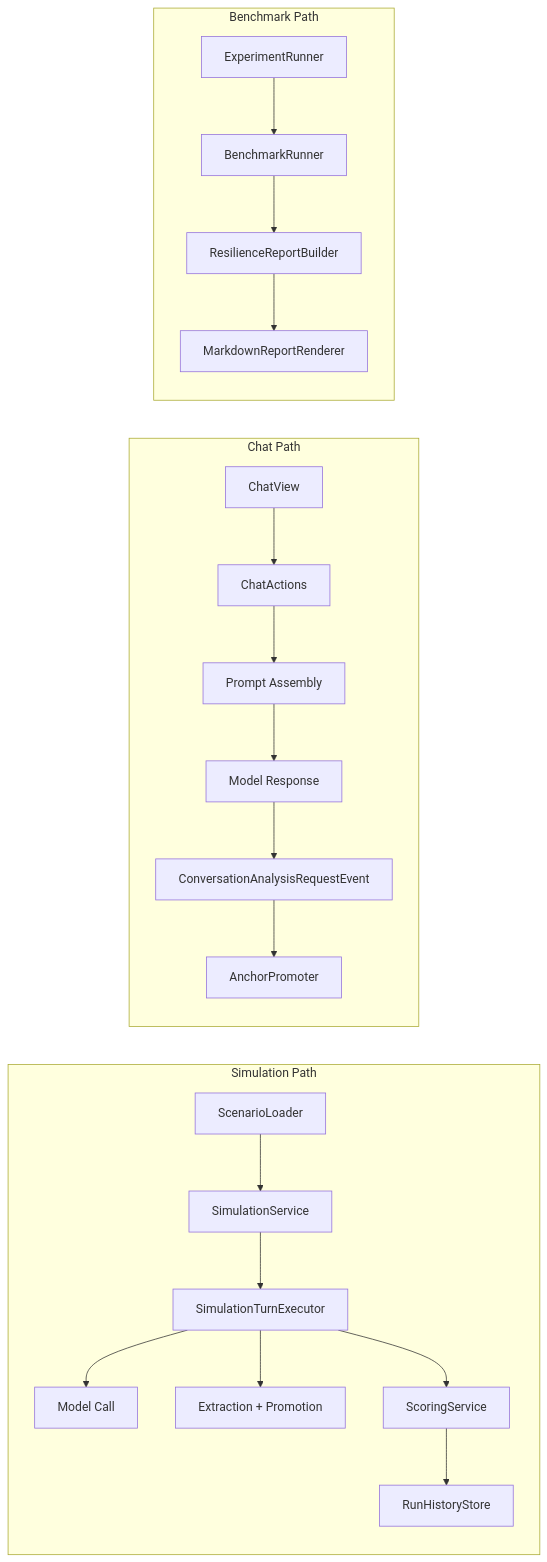
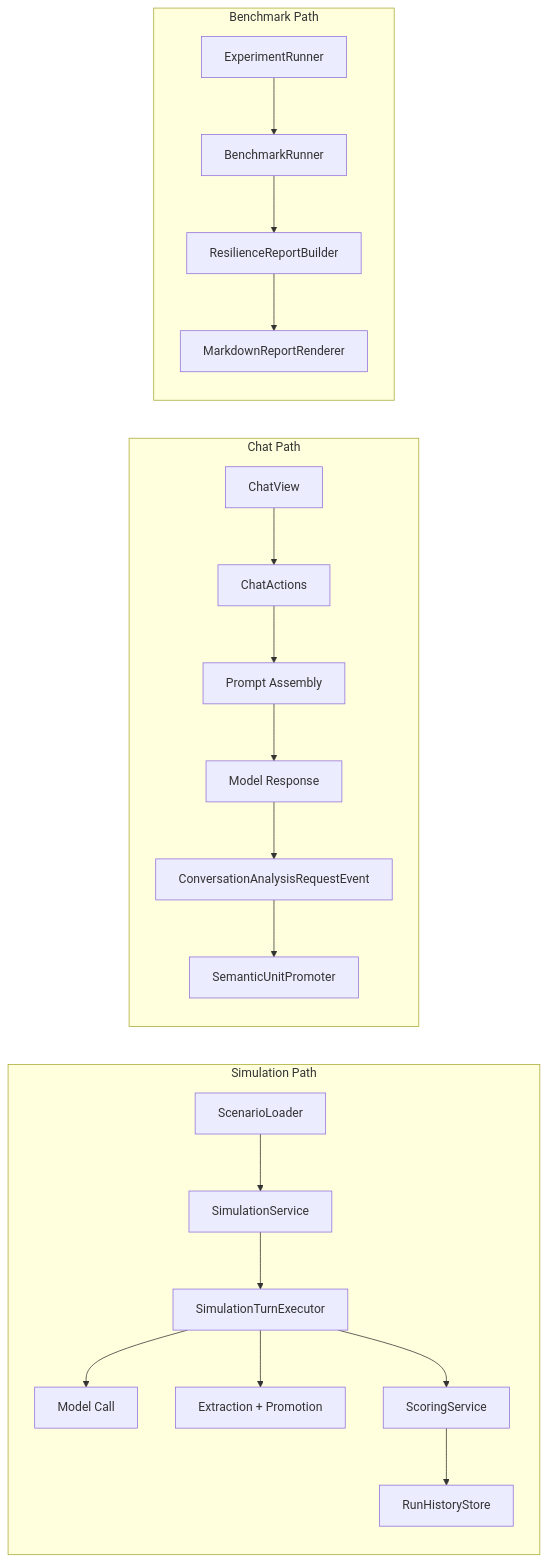
Before and after one commit to jimador/arc-mem: the first of 2 diagrams in docs/architecture.md, drawn with Mermaid. The commit also changed other lines of this file and 1260 other files, not shown here.

First line of the commit message:
refactor: repackage dev.dunnam.arcmem → dev.arcmem, split monolith into two modules, introduce SemanticUnit interface

````diff
--- a/docs/architecture.md
+++ b/docs/architecture.md
@@ -33,25 +33,25 @@
 ```mermaid
 flowchart LR
     subgraph Sim["Simulation Path"]
         SL["ScenarioLoader"] --> SS["SimulationService"]
         SS --> STE["SimulationTurnExecutor"]
         STE --> LLM["Model Call"]
         STE --> EXT["Extraction + Promotion"]
         STE --> SC["ScoringService"]
         SC --> RHS["RunHistoryStore"]
     end
 
     subgraph Chat["Chat Path"]
         CV["ChatView"] --> CA["ChatActions"]
         CA --> PA["Prompt Assembly"]
         PA --> CR["Model Response"]
         CR --> EVT["ConversationAnalysisRequestEvent"]
-        EVT --> AP["AnchorPromoter"]
+        EVT --> AP["SemanticUnitPromoter"]
     end
 
     subgraph Bench["Benchmark Path"]
         ER["ExperimentRunner"] --> BR["BenchmarkRunner"]
         BR --> RRB["ResilienceReportBuilder"]
         RRB --> MRR["MarkdownReportRenderer"]
     end
 ```
````
